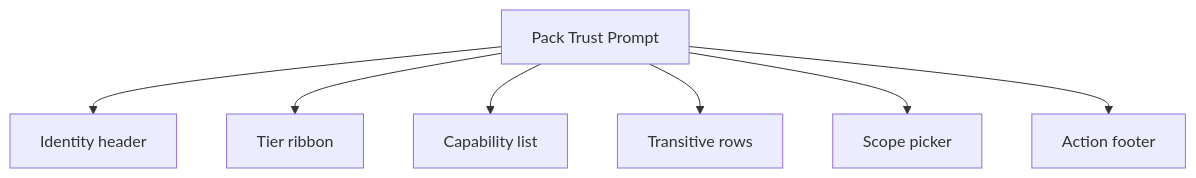
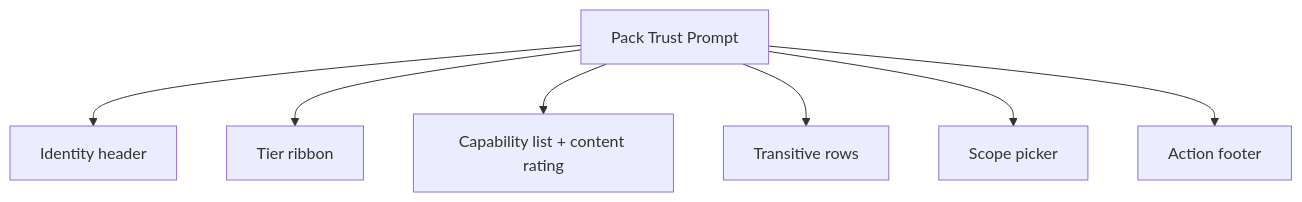
Before and after one commit to SunaNoOshiro/Heroes_Reforged_AI_Realms: the first of 4 diagrams in docs/architecture/wiki/screens/72-pack-trust-prompt/architecture.md, drawn with Mermaid. The commit also changed other lines of this file and 518 other files, not shown here.

First line of the commit message:
Add doc-audit skill and sweep architecture/screen docs

````diff
--- a/docs/architecture/wiki/screens/72-pack-trust-prompt/architecture.md
+++ b/docs/architecture/wiki/screens/72-pack-trust-prompt/architecture.md
@@ -17,16 +28,10 @@
 ```mermaid
 flowchart TD
   Root["Pack Trust Prompt"]
-  C0["Identity header"]
-  Root --> C0
-  C1["Tier ribbon"]
-  Root --> C1
-  C2["Capability list"]
-  Root --> C2
-  C3["Transitive rows"]
-  Root --> C3
-  C4["Scope picker"]
-  Root --> C4
-  C5["Action footer"]
-  Root --> C5
+  Root --> C0["Identity header"]
+  Root --> C1["Tier ribbon"]
+  Root --> C2["Capability list + content rating"]
+  Root --> C3["Transitive rows"]
+  Root --> C4["Scope picker"]
+  Root --> C5["Action footer"]
 ```
````
